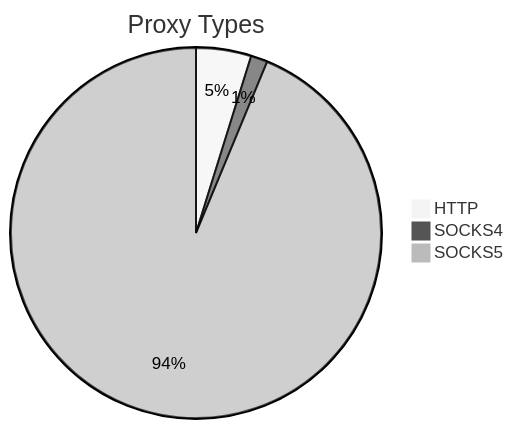
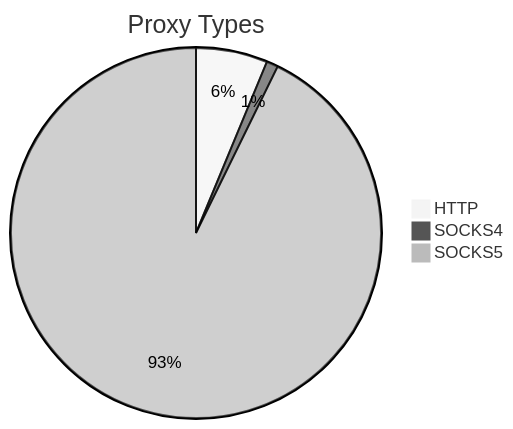
The first of 2 diagrams in README.md (stormsia/proxy-list), drawn with Mermaid (neutral theme) before and after one commit. The commit also changed other lines of this file, not shown here.

````diff
--- a/README.md
+++ b/README.md
@@ -21,6 +21,6 @@
 ```mermaid
 pie title Proxy Types
-    "HTTP" : 119
-    "SOCKS4" : 36
-    "SOCKS5" : 2319
+    "HTTP" : 149
+    "SOCKS4" : 24
+    "SOCKS5" : 2211
 ```
````
